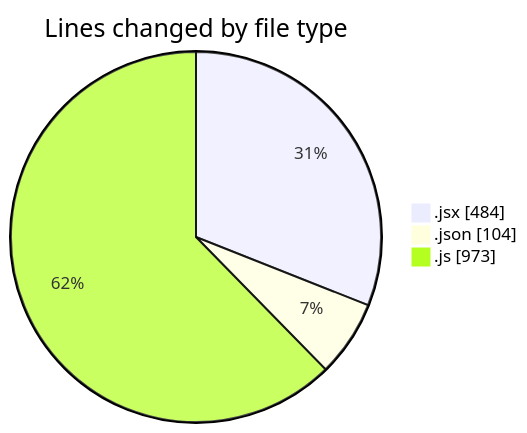
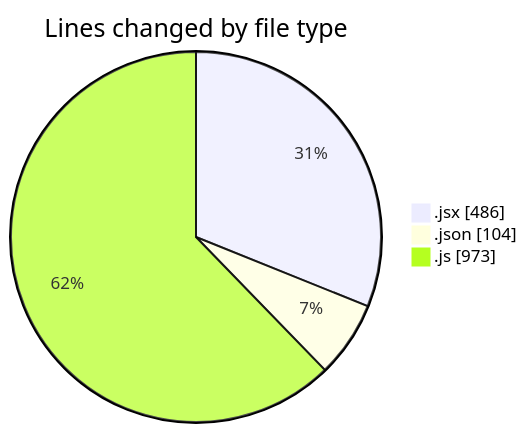
Before and after one commit to momahboobian/code-tracking: the first of 2 diagrams in 2025-05-19/cda/README.md, drawn with Mermaid. The commit also changed other lines of this file and 1 other file, not shown here.

````diff
--- a/2025-05-19/cda/README.md
+++ b/2025-05-19/cda/README.md
@@ -25,7 +25,7 @@
 ```mermaid
 pie showData
 title Lines changed by file type
-".jsx" : 484
+".jsx" : 486
 ".json" : 104
 ".js" : 973
 ```
````
